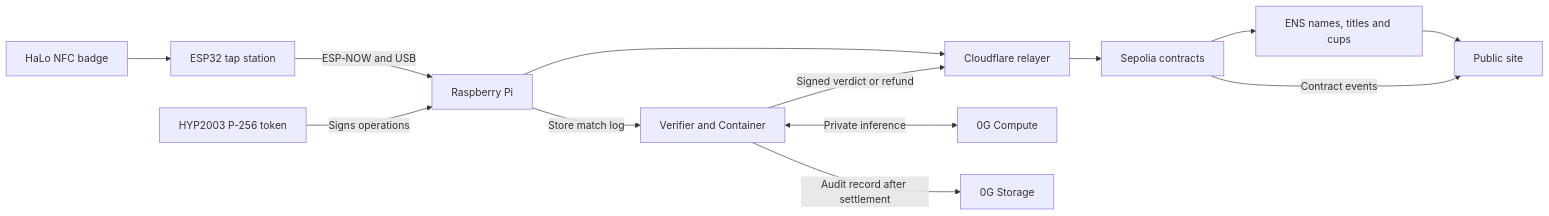
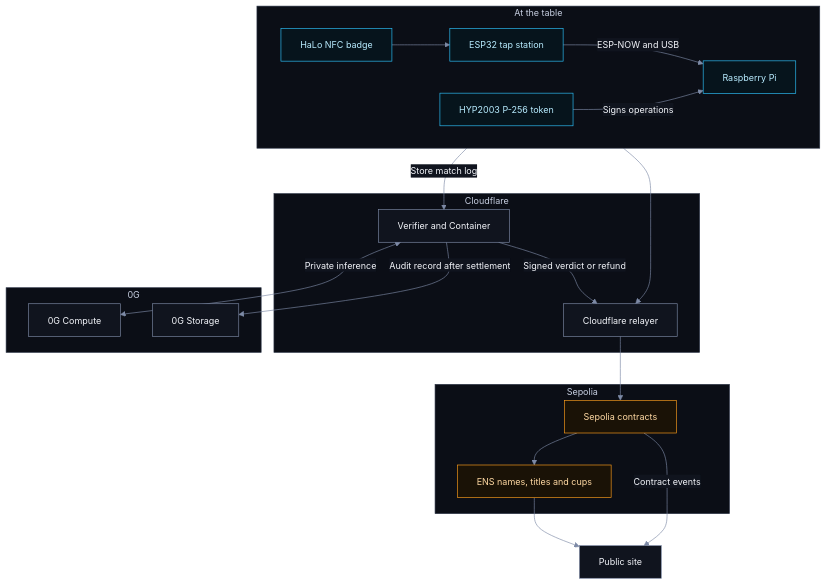
One commit to TaraxioT/ethereum-game-box changed the second of 2 diagrams in README.md. Above: the diagram before and after it, drawn with Mermaid. The commit also changed other lines of this file and 5 other files, not shown here.

First line of the commit message:
Style the README, ENS and 0G docs with banners and diagrams

````diff
--- a/README.md
+++ b/README.md
@@ -53,15 +93,38 @@
 ```mermaid
-flowchart LR
-    Badge[HaLo NFC badge] --> Station[ESP32 tap station]
-    Station -->|ESP-NOW and USB| Box[Raspberry Pi]
-    Key[HYP2003 P-256 token] -->|Signs operations| Box
-    Box --> Relayer[Cloudflare relayer]
-    Relayer --> Chain[Sepolia contracts]
-    Box -->|Store match log| Judge[Verifier and Container]
-    Judge <-->|Private inference| Compute[0G Compute]
+%%{init: {"theme":"base","themeVariables":{"fontSize":"14px","textColor":"#c6cee0","primaryColor":"#10141e","primaryTextColor":"#f3f5fa","primaryBorderColor":"#2a3245","lineColor":"#7d8aa6","edgeLabelBackground":"#10141e","clusterBkg":"#0b0e16","clusterBorder":"#2a3245","titleColor":"#c6cee0","actorBkg":"#10141e","actorBorder":"#2ec4ff","actorTextColor":"#f3f5fa","actorLineColor":"#7d8aa6","signalColor":"#7d8aa6","signalTextColor":"#7d8aa6","labelBoxBkgColor":"#1a1206","labelBoxBorderColor":"#ff9f1c","labelTextColor":"#ffd9a3","loopTextColor":"#7d8aa6","noteBkgColor":"#1a1206","noteBorderColor":"#ff9f1c","noteTextColor":"#ffd9a3","activationBkgColor":"#1a1206","activationBorderColor":"#ff9f1c","sequenceNumberColor":"#07090f"},"sequence":{"width":190,"actorMargin":30}}}%%
+flowchart TB
+    subgraph table[" At the table "]
+        direction LR
+        Badge[HaLo NFC badge] --> Station[ESP32 tap station]
+        Station -->|ESP-NOW and USB| Box[Raspberry Pi]
+        Key[HYP2003 P-256 token] -->|Signs operations| Box
+    end
+    subgraph cf[" Cloudflare "]
+        Relayer[Cloudflare relayer]
+        Judge[Verifier and Container]
+    end
+    subgraph zg[" 0G "]
+        Compute[0G Compute]
+        Storage[0G Storage]
+    end
+    subgraph eth[" Sepolia "]
+        Chain[Sepolia contracts]
+        ENS[ENS names, titles and cups]
+    end
+    Box --> Relayer
+    Relayer --> Chain
+    Box -->|Store match log| Judge
+    Judge <-->|Private inference| Compute
     Judge -->|Signed verdict or refund| Relayer
-    Judge -->|Audit record after settlement| Storage[0G Storage]
-    Chain --> ENS[ENS names, titles and cups]
+    Judge -->|Audit record after settlement| Storage
+    Chain --> ENS
     ENS --> Site[Public site]
     Chain -->|Contract events| Site
+
+    classDef hw fill:#06141c,stroke:#2ec4ff,color:#b8ecff
+    classDef chain fill:#1a1206,stroke:#ff9f1c,color:#ffd9a3
+    classDef svc fill:#10141e,stroke:#7d8aa6,color:#f3f5fa
+    class Badge,Station,Box,Key hw
+    class Chain,ENS chain
+    class Relayer,Judge,Compute,Storage,Site svc
 ```
````
